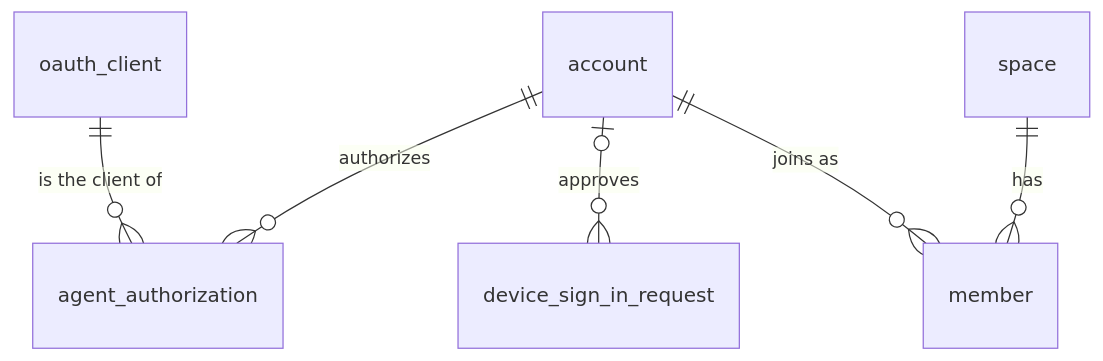
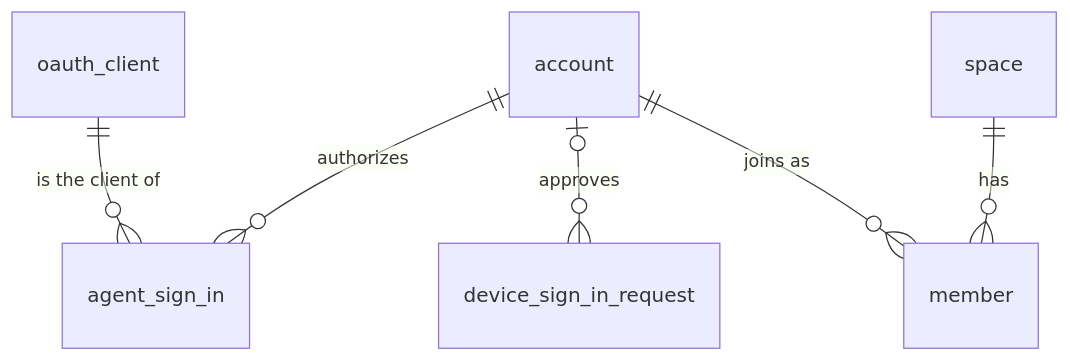
One commit to lorebayai/lorebay changed the diagram in docs/architecture/data-model.md. Above: the diagram before and after it, drawn with Mermaid. The commit also changed other lines of this file and 79 other files, not shown here.

````diff
--- a/docs/architecture/data-model.md
+++ b/docs/architecture/data-model.md
@@ -65,8 +64,8 @@
 ```mermaid
 erDiagram
-    account ||--o{ agent_authorization : "authorizes"
-    oauth_client ||--o{ agent_authorization : "is the client of"
+    account ||--o{ agent_sign_in : "authorizes"
+    oauth_client ||--o{ agent_sign_in : "is the client of"
     account |o--o{ device_sign_in_request : "approves"
     account ||--o{ member : "joins as"
     space ||--o{ member : "has"
 ```
````
